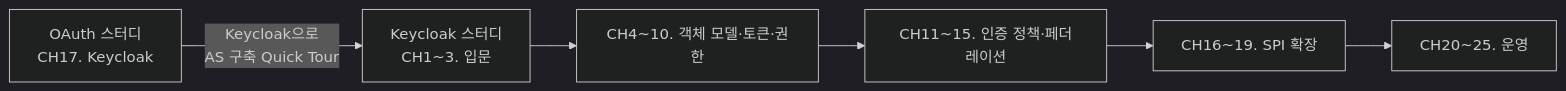
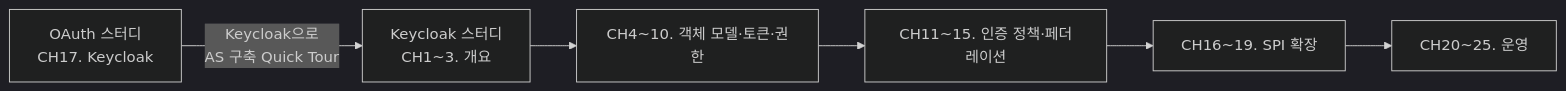
The second of 2 diagrams in docs/_study/keycloak/01-overview.md (hobeen-kim/hobeen-kim.github.io), drawn with Mermaid (dark theme) before and after one commit. The commit also changed other lines of this file and 3 other files, not shown here.

````diff
--- a/docs/_study/keycloak/01-overview.md
+++ b/docs/_study/keycloak/01-overview.md
@@ -224,8 +127,8 @@
 ```mermaid
 flowchart LR
-    OAuth[OAuth 스터디<br>CH17. Keycloak] -->|"Keycloak으로<br>AS 구축 Quick Tour"| KC1[Keycloak 스터디<br>CH1~3. 입문]
+    OAuth[OAuth 스터디<br>CH17. Keycloak] -->|"Keycloak으로<br>AS 구축 Quick Tour"| KC1[Keycloak 스터디<br>CH1~3. 개요]
     KC1 --> KC2[CH4~10. 객체 모델·토큰·권한]
     KC2 --> KC3[CH11~15. 인증 정책·페더레이션]
     KC3 --> KC4[CH16~19. SPI 확장]
     KC4 --> KC5[CH20~25. 운영]
 ```
````
